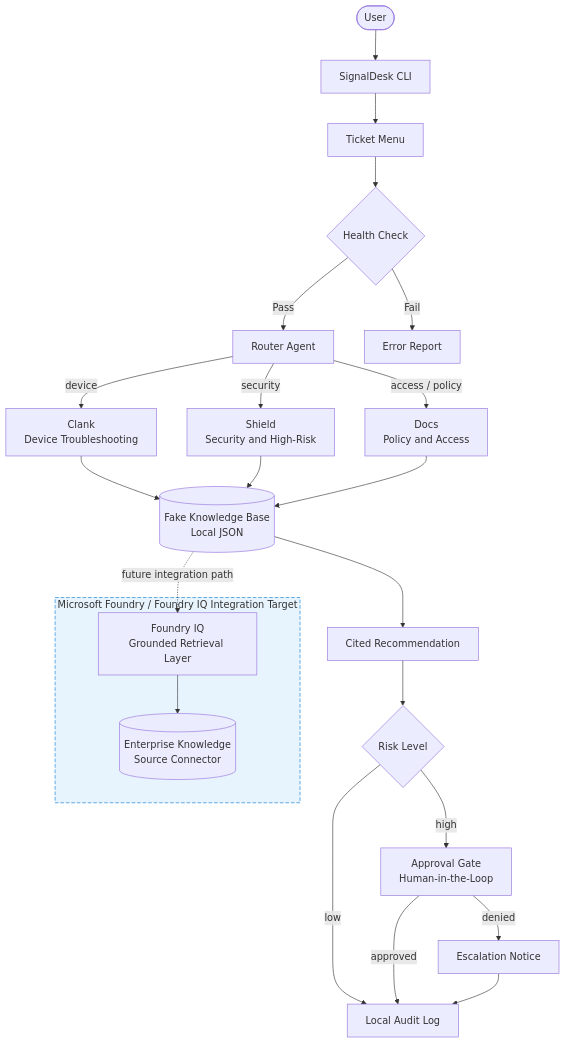
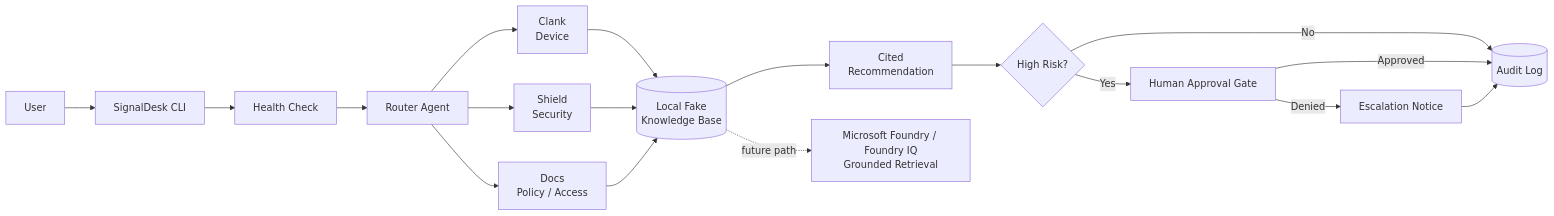
The diagram in architecture.md (indie165/signaldesk-agent-console), drawn with Mermaid before and after one commit. The commit also changed other lines of this file, not shown here.

Commit message:
Update architecture diagram
Removed redundant text and improved formatting in the architecture overview and diagram sections.

````diff
--- a/architecture.md
+++ b/architecture.md
@@ -11,35 +13,25 @@
 ```mermaid
-flowchart TD
-    A([User]) --> B[SignalDesk CLI]
-    B --> C[Ticket Menu]
-    C --> D{Health Check}
-    D -->|Pass| E[Router Agent]
-    D -->|Fail| F[Error Report]
+flowchart LR
+    U[User] --> CLI[SignalDesk CLI]
+    CLI --> HC[Health Check]
+    HC --> R[Router Agent]
 
-    E -->|device| G[Clank<br/>Device Troubleshooting]
-    E -->|security| H[Shield<br/>Security and High-Risk]
-    E -->|access / policy| I[Docs<br/>Policy and Access]
+    R --> C[Clank<br/>Device]
+    R --> S[Shield<br/>Security]
+    R --> D[Docs<br/>Policy / Access]
 
-    G --> J[(Fake Knowledge Base<br/>Local JSON)]
-    H --> J
-    I --> J
+    C --> KB[(Local Fake<br/>Knowledge Base)]
+    S --> KB
+    D --> KB
 
-    J --> K[Cited Recommendation]
-    K --> L{Risk Level}
+    KB --> REC[Cited<br/>Recommendation]
+    REC --> G{High Risk?}
 
-    L -->|low| N[Local Audit Log]
-    L -->|high| M[Approval Gate<br/>Human-in-the-Loop]
-    M -->|approved| N
-    M -->|denied| O[Escalation Notice]
-    O --> N
+    G -->|No| LOG[(Audit Log)]
+    G -->|Yes| A[Human Approval Gate]
+    A -->|Approved| LOG
+    A -->|Denied| ESC[Escalation Notice]
+    ESC --> LOG
 
-    subgraph FoundryBox["Microsoft Foundry / Foundry IQ Integration Target"]
-        P[Foundry IQ<br/>Grounded Retrieval Layer]
-        Q[(Enterprise Knowledge<br/>Source Connector)]
-        P --> Q
-    end
-
-    J -.->|future integration path| P
-
-    style FoundryBox fill:#e8f4fd,stroke:#0078d4,stroke-dasharray: 6 3
+    KB -. future path .-> F[Microsoft Foundry / Foundry IQ<br/>Grounded Retrieval]
 ```
````
